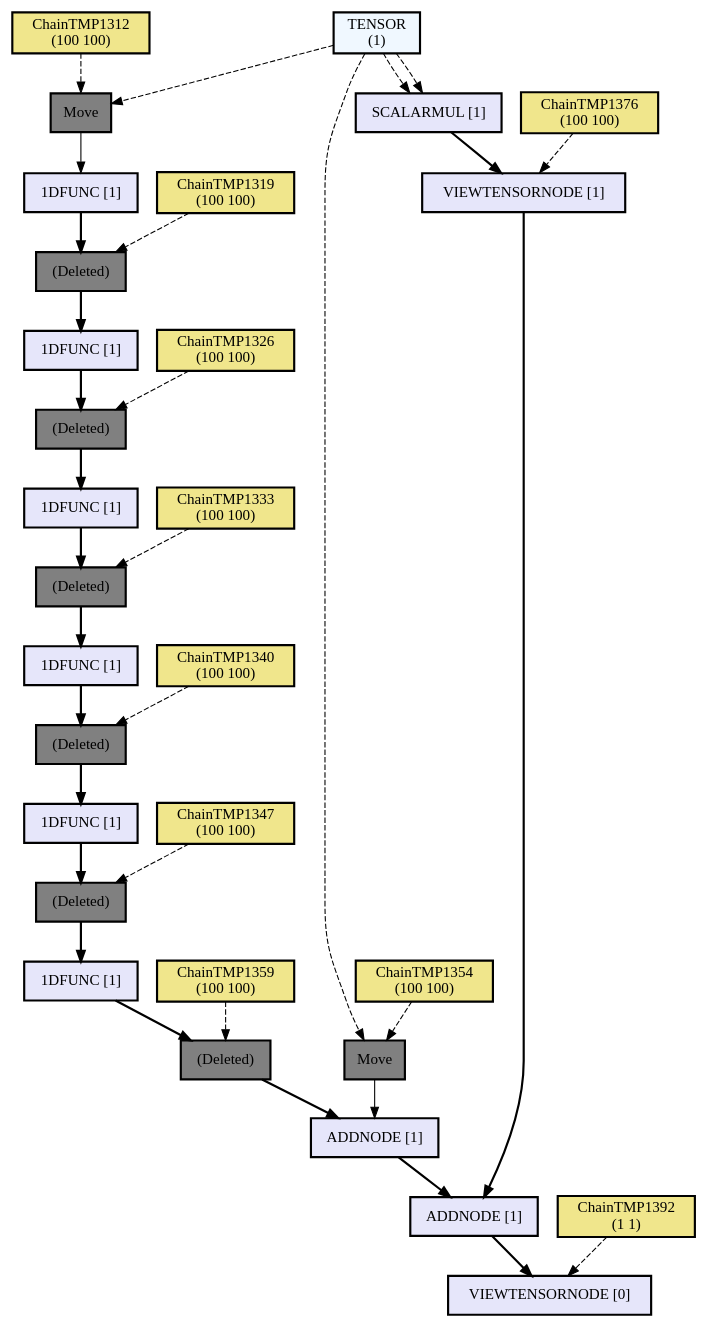
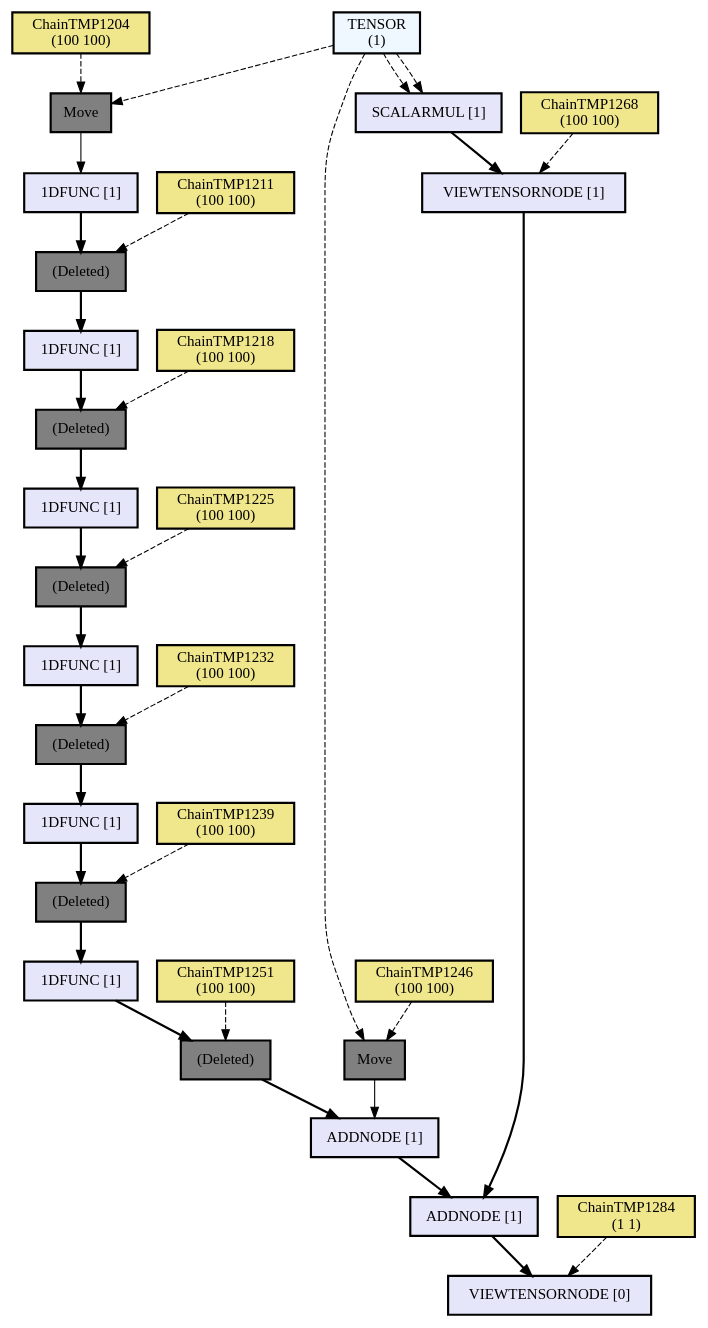
One commit to hikettei/cl-waffe2 changed the diagram in assets/out3.dot. Above: the diagram before and after it, drawn with Graphviz. The commit also changed 12 other files, not shown here.

```diff
--- a/assets/out3.dot
+++ b/assets/out3.dot
@@ -1,82 +1,82 @@
 digraph computation_node {
   node[shape="box" style="filled" color="black" penwidth="2"];
   TENSOR [label = "TENSOR
 (100 100)" fillcolor="#f0f8ff" style="filled, solid"];
-  ChainTMP1312 [label = "ChainTMP1312
+  ChainTMP1204 [label = "ChainTMP1204
 (100 100)" fillcolor="#f0e68c" style="filled, solid"];
-  NODE1462 [label = "Move" fillcolor="gray" style="filled, solid"];
-  NODE1461 [label = "1DFUNC [1]" fillcolor="#e6e6fa" style="filled, solid"];
-  ChainTMP1319 [label = "ChainTMP1319
+  NODE1354 [label = "Move" fillcolor="gray" style="filled, solid"];
+  NODE1353 [label = "1DFUNC [1]" fillcolor="#e6e6fa" style="filled, solid"];
+  ChainTMP1211 [label = "ChainTMP1211
 (100 100)" fillcolor="#f0e68c" style="filled, solid"];
-  NODE1459 [label = "(Deleted)" fillcolor="gray" style="filled, solid"];
-  NODE1458 [label = "1DFUNC [1]" fillcolor="#e6e6fa" style="filled, solid"];
-  ChainTMP1326 [label = "ChainTMP1326
+  NODE1351 [label = "(Deleted)" fillcolor="gray" style="filled, solid"];
+  NODE1350 [label = "1DFUNC [1]" fillcolor="#e6e6fa" style="filled, solid"];
+  ChainTMP1218 [label = "ChainTMP1218
 (100 100)" fillcolor="#f0e68c" style="filled, solid"];
-  NODE1456 [label = "(Deleted)" fillcolor="gray" style="filled, solid"];
-  NODE1455 [label = "1DFUNC [1]" fillcolor="#e6e6fa" style="filled, solid"];
-  ChainTMP1333 [label = "ChainTMP1333
+  NODE1348 [label = "(Deleted)" fillcolor="gray" style="filled, solid"];
+  NODE1347 [label = "1DFUNC [1]" fillcolor="#e6e6fa" style="filled, solid"];
+  ChainTMP1225 [label = "ChainTMP1225
 (100 100)" fillcolor="#f0e68c" style="filled, solid"];
-  NODE1453 [label = "(Deleted)" fillcolor="gray" style="filled, solid"];
-  NODE1452 [label = "1DFUNC [1]" fillcolor="#e6e6fa" style="filled, solid"];
-  ChainTMP1340 [label = "ChainTMP1340
+  NODE1345 [label = "(Deleted)" fillcolor="gray" style="filled, solid"];
+  NODE1344 [label = "1DFUNC [1]" fillcolor="#e6e6fa" style="filled, solid"];
+  ChainTMP1232 [label = "ChainTMP1232
 (100 100)" fillcolor="#f0e68c" style="filled, solid"];
-  NODE1450 [label = "(Deleted)" fillcolor="gray" style="filled, solid"];
-  NODE1449 [label = "1DFUNC [1]" fillcolor="#e6e6fa" style="filled, solid"];
-  ChainTMP1347 [label = "ChainTMP1347
+  NODE1342 [label = "(Deleted)" fillcolor="gray" style="filled, solid"];
+  NODE1341 [label = "1DFUNC [1]" fillcolor="#e6e6fa" style="filled, solid"];
+  ChainTMP1239 [label = "ChainTMP1239
 (100 100)" fillcolor="#f0e68c" style="filled, solid"];
-  NODE1447 [label = "(Deleted)" fillcolor="gray" style="filled, solid"];
-  NODE1446 [label = "1DFUNC [1]" fillcolor="#e6e6fa" style="filled, solid"];
-  ChainTMP1359 [label = "ChainTMP1359
+  NODE1339 [label = "(Deleted)" fillcolor="gray" style="filled, solid"];
+  NODE1338 [label = "1DFUNC [1]" fillcolor="#e6e6fa" style="filled, solid"];
+  ChainTMP1251 [label = "ChainTMP1251
 (100 100)" fillcolor="#f0e68c" style="filled, solid"];
-  NODE1444 [label = "(Deleted)" fillcolor="gray" style="filled, solid"];
+  NODE1336 [label = "(Deleted)" fillcolor="gray" style="filled, solid"];
   TENSOR [label = "TENSOR
 (100 100)" fillcolor="#f0f8ff" style="filled, solid"];
-  ChainTMP1354 [label = "ChainTMP1354
+  ChainTMP1246 [label = "ChainTMP1246
 (100 100)" fillcolor="#f0e68c" style="filled, solid"];
-  NODE1441 [label = "Move" fillcolor="gray" style="filled, solid"];
-  NODE1440 [label = "ADDNODE [1]" fillcolor="#e6e6fa" style="filled, solid"];
+  NODE1333 [label = "Move" fillcolor="gray" style="filled, solid"];
+  NODE1332 [label = "ADDNODE [1]" fillcolor="#e6e6fa" style="filled, solid"];
   TENSOR [label = "TENSOR
 (1 1)" fillcolor="#f0f8ff" style="filled, solid"];
   TENSOR [label = "TENSOR
 (1)" fillcolor="#f0f8ff" style="filled, solid"];
-  NODE1437 [label = "SCALARMUL [1]" fillcolor="#e6e6fa" style="filled, solid"];
-  ChainTMP1376 [label = "ChainTMP1376
+  NODE1329 [label = "SCALARMUL [1]" fillcolor="#e6e6fa" style="filled, solid"];
+  ChainTMP1268 [label = "ChainTMP1268
 (100 100)" fillcolor="#f0e68c" style="filled, solid"];
-  NODE1435 [label = "VIEWTENSORNODE [1]" fillcolor="#e6e6fa" style="filled, solid"];
-  NODE1434 [label = "ADDNODE [1]" fillcolor="#e6e6fa" style="filled, solid"];
-  ChainTMP1392 [label = "ChainTMP1392
+  NODE1327 [label = "VIEWTENSORNODE [1]" fillcolor="#e6e6fa" style="filled, solid"];
+  NODE1326 [label = "ADDNODE [1]" fillcolor="#e6e6fa" style="filled, solid"];
+  ChainTMP1284 [label = "ChainTMP1284
 (1 1)" fillcolor="#f0e68c" style="filled, solid"];
-  NODE1432 [label = "VIEWTENSORNODE [0]" fillcolor="#e6e6fa" style="filled, solid"];
-  ChainTMP1392 -> NODE1432[style="dashed"];
-  NODE1434 -> NODE1432[penwidth="2"];
-  NODE1435 -> NODE1434[penwidth="2"];
-  ChainTMP1376 -> NODE1435[style="dashed"];
-  NODE1437 -> NODE1435[penwidth="2"];
-  TENSOR -> NODE1437[style="dashed"];
-  TENSOR -> NODE1437[style="dashed"];
-  NODE1440 -> NODE1434[penwidth="2"];
-  NODE1441 -> NODE1440[weight=10];
-  ChainTMP1354 -> NODE1441[style="dashed"];
-  TENSOR -> NODE1441[style="dashed"];
-  NODE1444 -> NODE1440[penwidth="2"];
-  ChainTMP1359 -> NODE1444[style="dashed"];
-  NODE1446 -> NODE1444[penwidth="2"];
-  NODE1447 -> NODE1446[penwidth="2"];
-  ChainTMP1347 -> NODE1447[style="dashed"];
-  NODE1449 -> NODE1447[penwidth="2"];
-  NODE1450 -> NODE1449[penwidth="2"];
-  ChainTMP1340 -> NODE1450[style="dashed"];
-  NODE1452 -> NODE1450[penwidth="2"];
-  NODE1453 -> NODE1452[penwidth="2"];
-  ChainTMP1333 -> NODE1453[style="dashed"];
-  NODE1455 -> NODE1453[penwidth="2"];
-  NODE1456 -> NODE1455[penwidth="2"];
-  ChainTMP1326 -> NODE1456[style="dashed"];
-  NODE1458 -> NODE1456[penwidth="2"];
-  NODE1459 -> NODE1458[penwidth="2"];
-  ChainTMP1319 -> NODE1459[style="dashed"];
-  NODE1461 -> NODE1459[penwidth="2"];
-  NODE1462 -> NODE1461[weight=10];
-  ChainTMP1312 -> NODE1462[style="dashed"];
-  TENSOR -> NODE1462[style="dashed"];
+  NODE1324 [label = "VIEWTENSORNODE [0]" fillcolor="#e6e6fa" style="filled, solid"];
+  ChainTMP1284 -> NODE1324[style="dashed"];
+  NODE1326 -> NODE1324[penwidth="2"];
+  NODE1327 -> NODE1326[penwidth="2"];
+  ChainTMP1268 -> NODE1327[style="dashed"];
+  NODE1329 -> NODE1327[penwidth="2"];
+  TENSOR -> NODE1329[style="dashed"];
+  TENSOR -> NODE1329[style="dashed"];
+  NODE1332 -> NODE1326[penwidth="2"];
+  NODE1333 -> NODE1332[weight=10];
+  ChainTMP1246 -> NODE1333[style="dashed"];
+  TENSOR -> NODE1333[style="dashed"];
+  NODE1336 -> NODE1332[penwidth="2"];
+  ChainTMP1251 -> NODE1336[style="dashed"];
+  NODE1338 -> NODE1336[penwidth="2"];
+  NODE1339 -> NODE1338[penwidth="2"];
+  ChainTMP1239 -> NODE1339[style="dashed"];
+  NODE1341 -> NODE1339[penwidth="2"];
+  NODE1342 -> NODE1341[penwidth="2"];
+  ChainTMP1232 -> NODE1342[style="dashed"];
+  NODE1344 -> NODE1342[penwidth="2"];
+  NODE1345 -> NODE1344[penwidth="2"];
+  ChainTMP1225 -> NODE1345[style="dashed"];
+  NODE1347 -> NODE1345[penwidth="2"];
+  NODE1348 -> NODE1347[penwidth="2"];
+  ChainTMP1218 -> NODE1348[style="dashed"];
+  NODE1350 -> NODE1348[penwidth="2"];
+  NODE1351 -> NODE1350[penwidth="2"];
+  ChainTMP1211 -> NODE1351[style="dashed"];
+  NODE1353 -> NODE1351[penwidth="2"];
+  NODE1354 -> NODE1353[weight=10];
+  ChainTMP1204 -> NODE1354[style="dashed"];
+  TENSOR -> NODE1354[style="dashed"];
 }
```
